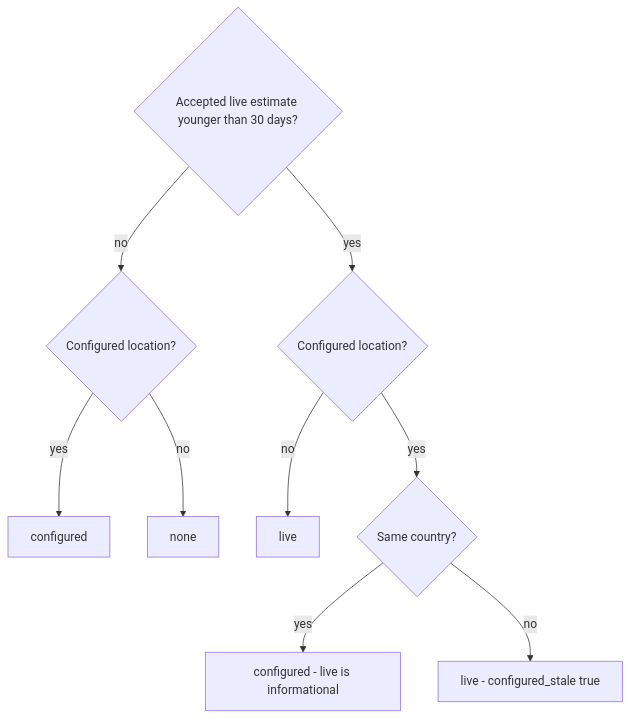
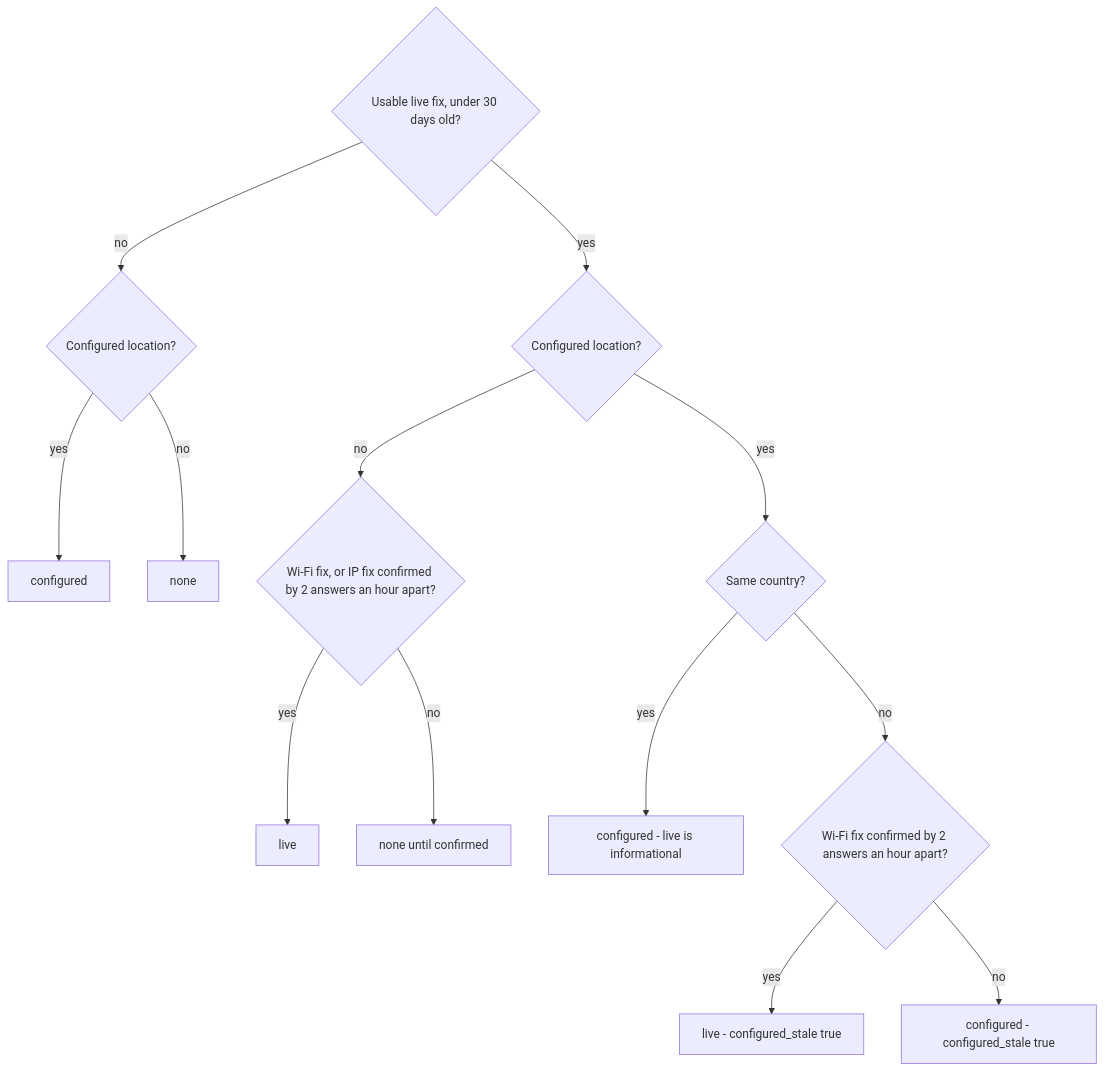
The second of 3 diagrams in docs/timezone-from-location.md (Jan-IngenHousz-Institute/ambyte-iot), drawn with Mermaid before and after one commit. The commit also changed other lines of this file and 31 other files, not shown here.

First line of the commit message:
fix(location): weigh live estimates by source and keep flash off the lock

````diff
--- a/docs/timezone-from-location.md
+++ b/docs/timezone-from-location.md
@@ -43,11 +43,15 @@
 ```mermaid
 flowchart TD
-    S{Accepted live estimate younger than 30 days?} -->|no| CF{Configured location?}
+    S{Usable live fix, under 30 days old?} -->|no| CF{Configured location?}
     CF -->|yes| UC[configured]
     CF -->|no| NO[none]
     S -->|yes| CL{Configured location?}
-    CL -->|no| UL[live]
+    CL -->|no| NC{Wi-Fi fix, or IP fix confirmed by 2 answers an hour apart?}
+    NC -->|yes| UL[live]
+    NC -->|no| NO2[none until confirmed]
     CL -->|yes| SC{Same country?}
     SC -->|yes| UC2[configured - live is informational]
-    SC -->|no| ST[live - configured_stale true]
+    SC -->|no| WF{Wi-Fi fix confirmed by 2 answers an hour apart?}
+    WF -->|yes| ST[live - configured_stale true]
+    WF -->|no| ST2[configured - configured_stale true]
 ```
````
